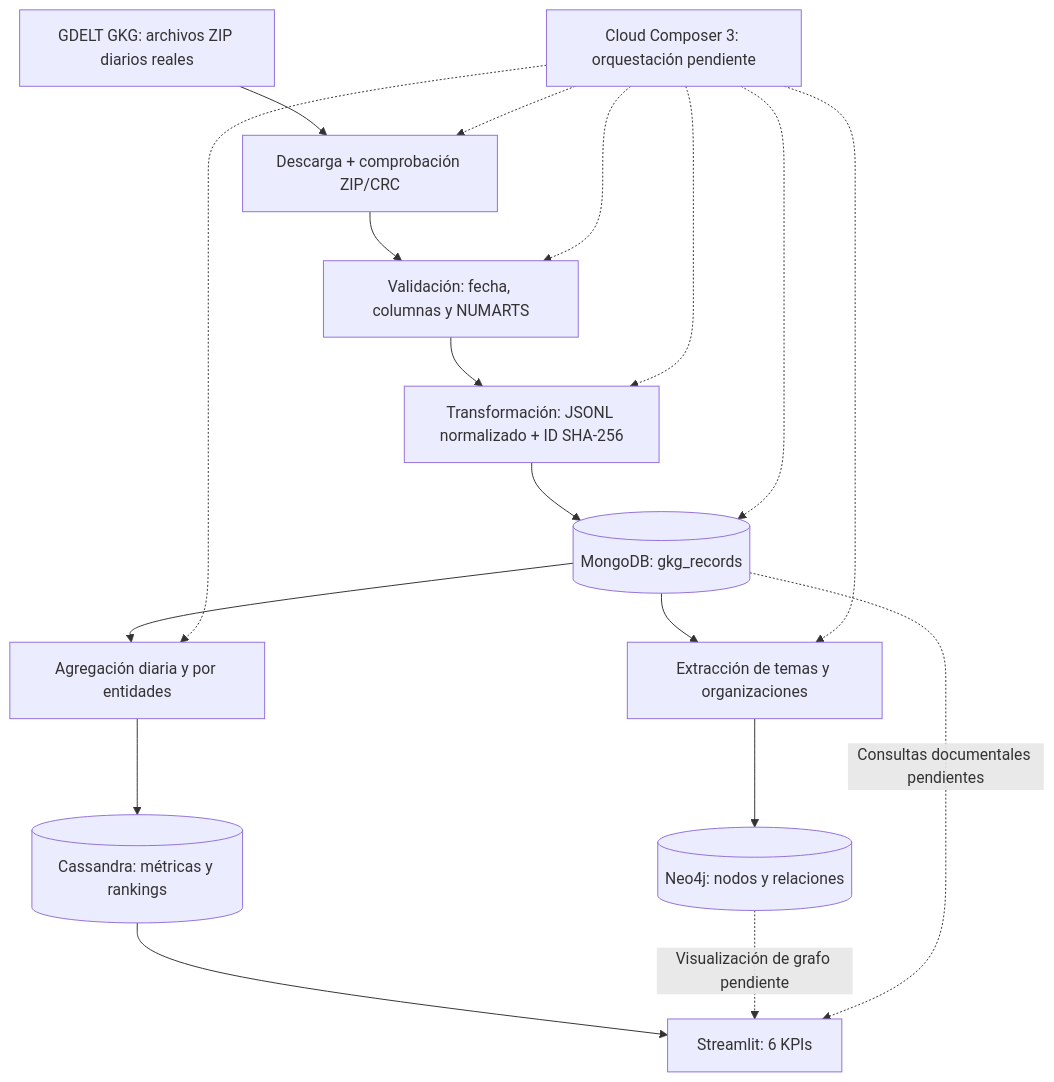
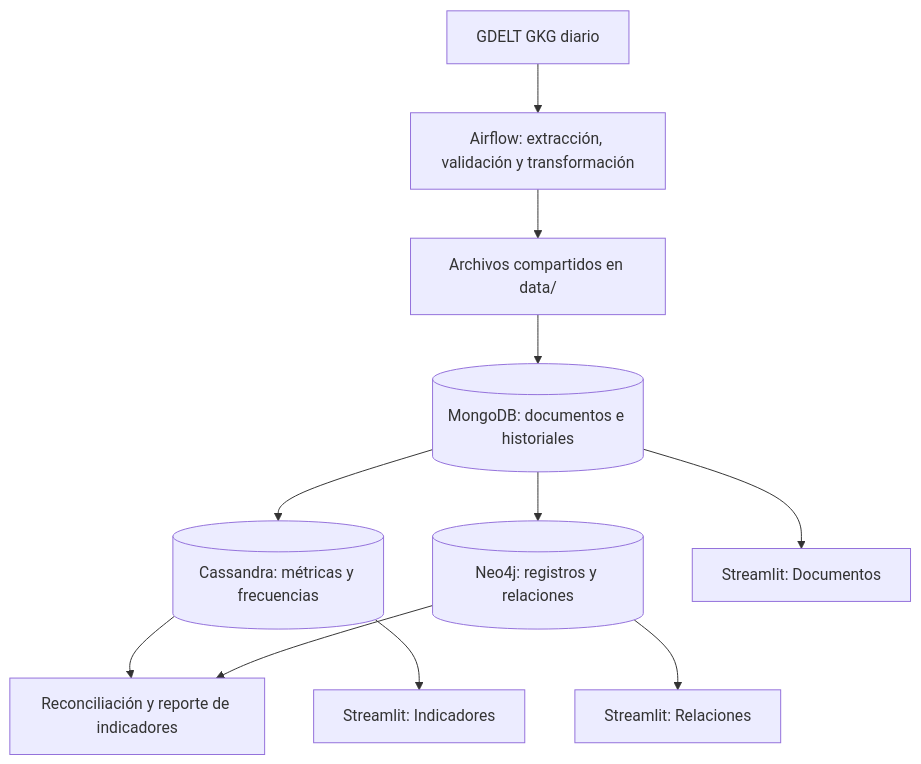
The diagram in README.md (KarolayTamayoH/global-news-intelligence), drawn with Mermaid before and after one commit. The commit also changed other lines of this file and 60 other files, not shown here.

Commit message:
refactor: consolidate local-only architecture

````diff
--- a/README.md
+++ b/README.md
@@ -62,20 +21,13 @@
 ```mermaid
 flowchart TD
-    A["GDELT GKG: archivos ZIP diarios reales"] --> B["Descarga + comprobación ZIP/CRC"]
-    B --> C["Validación: fecha, columnas y NUMARTS"]
-    C --> D["Transformación: JSONL normalizado + ID SHA-256"]
-    D --> E[("MongoDB: gkg_records")]
-    E --> F["Agregación diaria y por entidades"]
-    F --> G[("Cassandra: métricas y rankings")]
-    E --> H["Extracción de temas y organizaciones"]
-    H --> I[("Neo4j: nodos y relaciones")]
-    G --> J["Streamlit: 6 KPIs"]
-    I -. "Visualización de grafo pendiente" .-> J
-    E -. "Consultas documentales pendientes" .-> J
-    K["Cloud Composer 3: orquestación pendiente"] -.-> B
-    K -.-> C
-    K -.-> D
-    K -.-> E
-    K -.-> F
-    K -.-> H
+    A[GDELT GKG diario] --> B[Airflow: extracción, validación y transformación]
+    B --> F[Archivos compartidos en data/]
+    F --> M[(MongoDB: documentos e historiales)]
+    M --> C[(Cassandra: métricas y frecuencias)]
+    M --> N[(Neo4j: registros y relaciones)]
+    C --> V[Reconciliación y reporte de indicadores]
+    N --> V
+    C --> D[Streamlit: Indicadores]
+    M --> E[Streamlit: Documentos]
+    N --> G[Streamlit: Relaciones]
 ```
````
